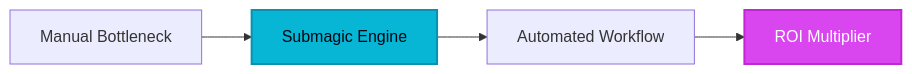
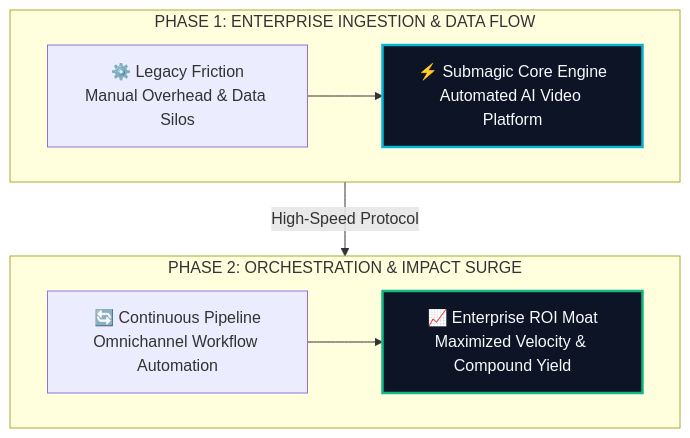
Before and after one commit to heliatech-media/saas-radar: the diagram in site/src/content/blog/submagic-evolution-guide-2026.md, drawn with Mermaid. The commit also changed 97 other files, not shown here.

First line of the commit message:
feat(diagrams): upgrade all article architecture schemas to high-impact 2-tier responsive vector blueprints

````diff
--- a/site/src/content/blog/submagic-evolution-guide-2026.md
+++ b/site/src/content/blog/submagic-evolution-guide-2026.md
@@ -54,8 +54,14 @@
 ```mermaid
-flowchart LR
-    A[Manual Bottleneck] --> B[Submagic Engine]
-    B --> C[Automated Workflow]
-    C --> D[ROI Multiplier]
-    style B fill:#06b6d4,stroke:#0891b2,stroke-width:2px,color:#030712
-    style D fill:#d946ef,stroke:#c026d3,stroke-width:2px,color:#ffffff
+flowchart TD
+    subgraph S1["PHASE 1: ENTERPRISE INGESTION & DATA FLOW"]
+        direction LR
+        A["⚙️ Legacy Friction<br/>Manual Overhead & Data Silos"] --> B["⚡ Submagic Core Engine<br/>Automated AI Video Platform"]
+    end
+    subgraph S2["PHASE 2: ORCHESTRATION & IMPACT SURGE"]
+        direction LR
+        C["🔄 Continuous Pipeline<br/>Omnichannel Workflow Automation"] --> D["📈 Enterprise ROI Moat<br/>Maximized Velocity & Compound Yield"]
+    end
+    S1 -->|High-Speed Protocol| S2
+    style B fill:#0c1425,stroke:#06b6d4,stroke-width:2.5px,color:#f8fafc
+    style D fill:#0c1425,stroke:#10b981,stroke-width:2.5px,color:#f8fafc
 ```
````
